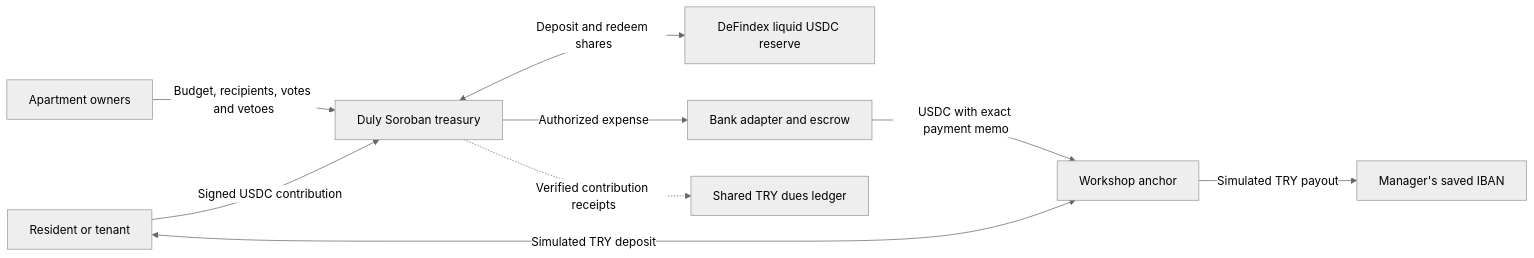
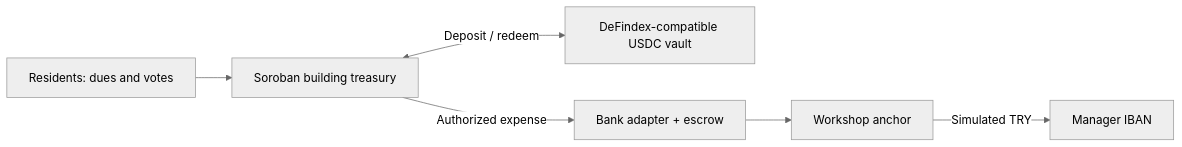
One commit to mryavascann/aidat changed the diagram in README.md. Above: the diagram before and after it, drawn with Mermaid (neutral theme). The commit also changed other lines of this file and 4 other files, not shown here.

````diff
--- a/README.md
+++ b/README.md
@@ -49,11 +42,8 @@
 ```mermaid
 flowchart LR
-  R[Resident or tenant] -->|Signed USDC contribution| T[Duly Soroban treasury]
-  R <-->|Simulated TRY deposit| A[Workshop anchor]
-  O[Apartment owners] -->|Budget, recipients, votes and vetoes| T
-  T <-->|Deposit and redeem shares| V[DeFindex liquid USDC reserve]
-  T -->|Authorized expense| B[Bank adapter and escrow]
-  B -->|USDC with exact payment memo| A
-  A -->|Simulated TRY payout| I[Manager's saved IBAN]
-  T -.->|Verified contribution receipts| D[Shared TRY dues ledger]
+  R[Residents: dues and votes] --> T[Soroban building treasury]
+  T <-->|Deposit / redeem| V[DeFindex-compatible USDC vault]
+  T -->|Authorized expense| B[Bank adapter + escrow]
+  B --> A[Workshop anchor]
+  A -->|Simulated TRY| I[Manager IBAN]
 ```
````
